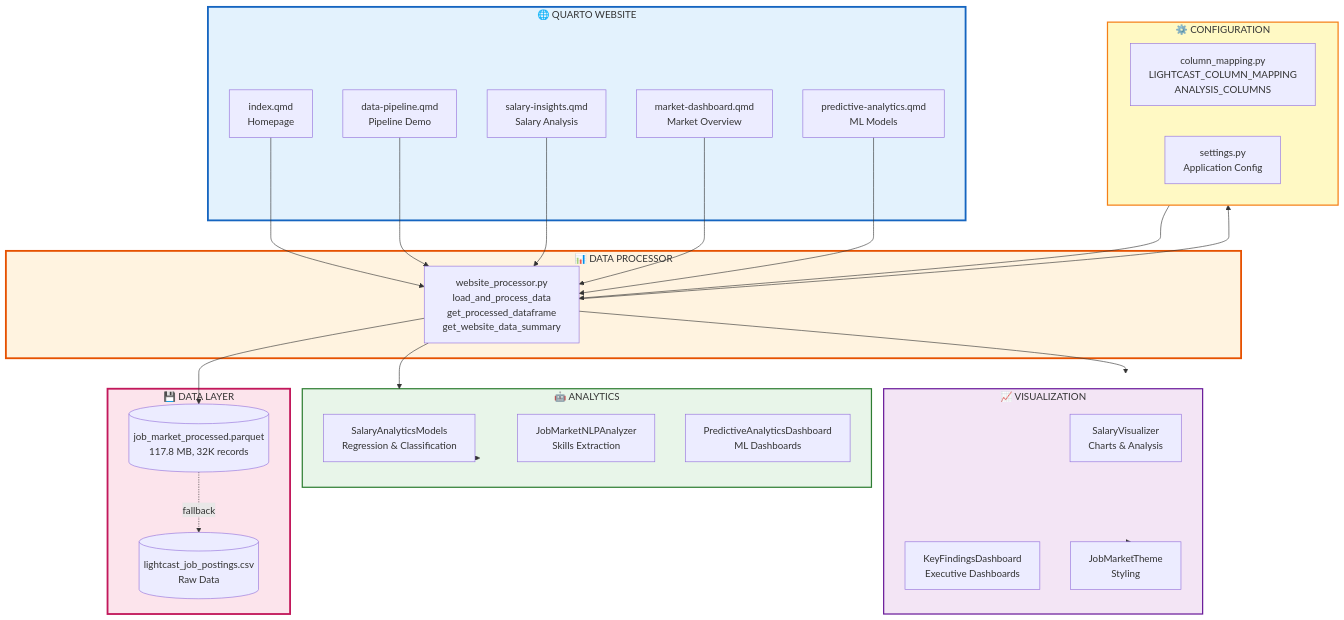
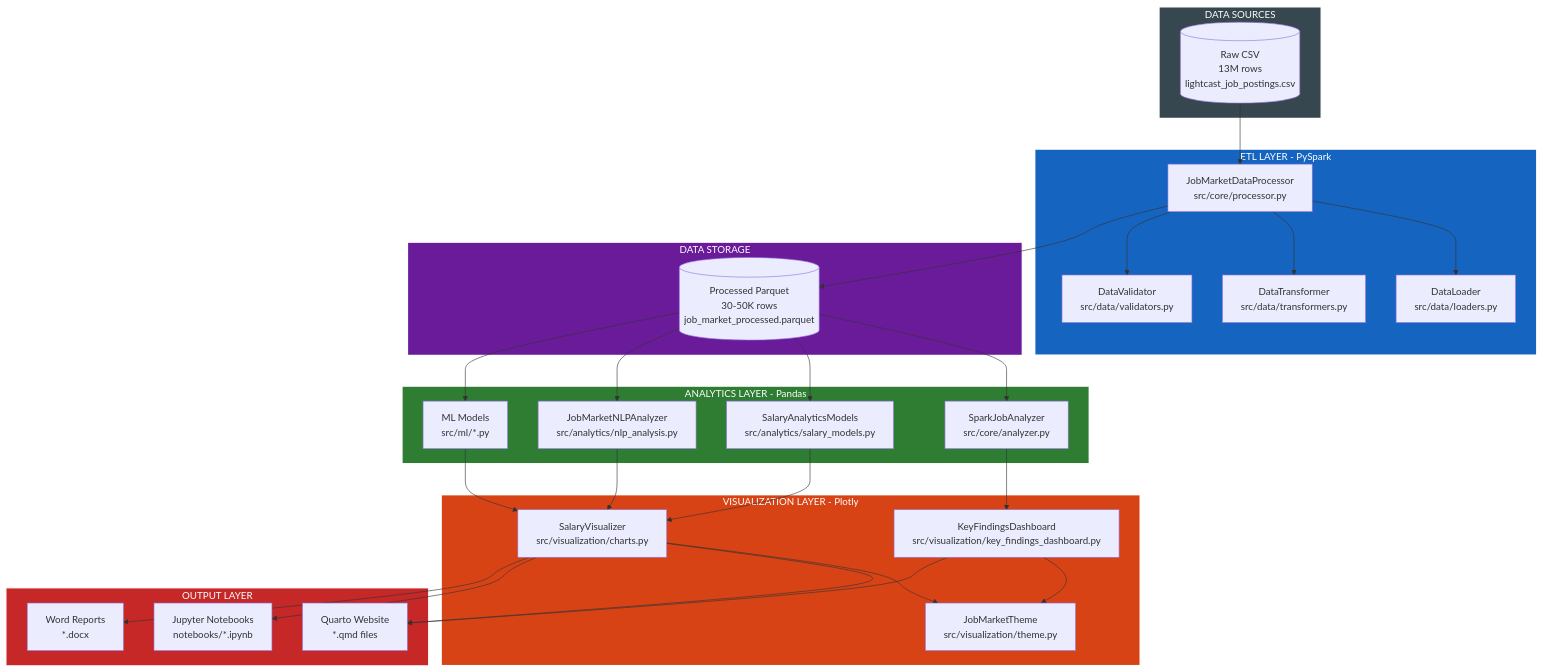
One commit to samarthya/ad688-scratch changed the third of 11 diagrams in ARCHITECTURE.md. Above: the diagram before and after it, drawn with Mermaid. The commit also changed other lines of this file and 5 other files, not shown here.

````diff
--- a/ARCHITECTURE.md
+++ b/ARCHITECTURE.md
@@ -52,61 +135,67 @@
 ```mermaid
 graph TB
-    subgraph QUARTO["🌐 QUARTO WEBSITE"]
-        INDEX[index.qmd<br/>Homepage]
-        PIPELINE[data-pipeline.qmd<br/>Pipeline Demo]
-        INSIGHTS[salary-insights.qmd<br/>Salary Analysis]
-        MARKET[market-dashboard.qmd<br/>Market Overview]
-        PREDICT[predictive-analytics.qmd<br/>ML Models]
+    subgraph INPUT["DATA SOURCES"]
+        RAW[(Raw CSV<br/>13M rows<br/>lightcast_job_postings.csv)]
     end
 
-    subgraph PROCESSOR["📊 DATA PROCESSOR"]
-        WP[website_processor.py<br/>load_and_process_data<br/>get_processed_dataframe<br/>get_website_data_summary]
+    subgraph ETL["ETL LAYER - PySpark"]
+        PROCESSOR[JobMarketDataProcessor<br/>src/core/processor.py]
+        LOADER[DataLoader<br/>src/data/loaders.py]
+        TRANSFORMER[DataTransformer<br/>src/data/transformers.py]
+        VALIDATOR[DataValidator<br/>src/data/validators.py]
+
+        PROCESSOR --> LOADER
+        PROCESSOR --> TRANSFORMER
+        PROCESSOR --> VALIDATOR
     end
 
-    subgraph VIZ["📈 VISUALIZATION"]
-        SV[SalaryVisualizer<br/>Charts & Analysis]
-        KF[KeyFindingsDashboard<br/>Executive Dashboards]
-        TH[JobMarketTheme<br/>Styling]
+    subgraph STORAGE["DATA STORAGE"]
+        PARQUET[(Processed Parquet<br/>30-50K rows<br/>job_market_processed.parquet)]
     end
 
-    subgraph ANALYTICS["🤖 ANALYTICS"]
-        ML[SalaryAnalyticsModels<br/>Regression & Classification]
-        NLP[JobMarketNLPAnalyzer<br/>Skills Extraction]
-        DASH[PredictiveAnalyticsDashboard<br/>ML Dashboards]
+    subgraph ANALYTICS["ANALYTICS LAYER - Pandas"]
+        ANALYZER[SparkJobAnalyzer<br/>src/core/analyzer.py]
+        MODELS[SalaryAnalyticsModels<br/>src/analytics/salary_models.py]
+        NLP[JobMarketNLPAnalyzer<br/>src/analytics/nlp_analysis.py]
+        ML[ML Models<br/>src/ml/*.py]
     end
 
-    subgraph CONFIG["⚙️ CONFIGURATION"]
-        COL[column_mapping.py<br/>LIGHTCAST_COLUMN_MAPPING<br/>ANALYSIS_COLUMNS]
-        SET[settings.py<br/>Application Config]
+    subgraph VIZ["VISUALIZATION LAYER - Plotly"]
+        CHARTS[SalaryVisualizer<br/>src/visualization/charts.py]
+        DASHBOARD[KeyFindingsDashboard<br/>src/visualization/key_findings_dashboard.py]
+        THEME[JobMarketTheme<br/>src/visualization/theme.py]
     end
 
-    subgraph DATA["💾 DATA LAYER"]
-        PARQUET[(job_market_processed.parquet<br/>117.8 MB, 32K records)]
-        CSV[(lightcast_job_postings.csv<br/>Raw Data)]
+    subgraph OUTPUT["OUTPUT LAYER"]
+        QUARTO[Quarto Website<br/>*.qmd files]
+        JUPYTER[Jupyter Notebooks<br/>notebooks/*.ipynb]
+        REPORTS[Word Reports<br/>*.docx]
     end
 
-    INDEX --> WP
-    PIPELINE --> WP
-    INSIGHTS --> WP
-    MARKET --> WP
-    PREDICT --> WP
+    RAW --> PROCESSOR
+    PROCESSOR --> PARQUET
+    PARQUET --> ANALYZER
+    PARQUET --> MODELS
+    PARQUET --> NLP
+    PARQUET --> ML
 
-    WP --> VIZ
-    WP --> ANALYTICS
-    WP --> CONFIG
+    MODELS --> CHARTS
+    NLP --> CHARTS
+    ML --> CHARTS
+    ANALYZER --> DASHBOARD
 
-    VIZ --> TH
-    ANALYTICS --> ML
+    CHARTS --> THEME
+    DASHBOARD --> THEME
 
-    CONFIG --> WP
+    CHARTS --> QUARTO
+    DASHBOARD --> QUARTO
+    CHARTS --> JUPYTER
+    CHARTS --> REPORTS
 
-    WP --> PARQUET
-    PARQUET -.fallback.-> CSV
-
-    style QUARTO fill:#e3f2fd,stroke:#1565c0,stroke-width:3px
-    style PROCESSOR fill:#fff3e0,stroke:#e65100,stroke-width:3px
-    style VIZ fill:#f3e5f5,stroke:#6a1b9a,stroke-width:2px
-    style ANALYTICS fill:#e8f5e9,stroke:#2e7d32,stroke-width:2px
-    style CONFIG fill:#fff9c4,stroke:#f57f17,stroke-width:2px
-    style DATA fill:#fce4ec,stroke:#c2185b,stroke-width:3px
+    style INPUT fill:#37474f,stroke:#fff,color:#fff,stroke-width:2px
+    style ETL fill:#1565c0,stroke:#fff,color:#fff,stroke-width:3px
+    style STORAGE fill:#6a1b9a,stroke:#fff,color:#fff,stroke-width:2px
+    style ANALYTICS fill:#2e7d32,stroke:#fff,color:#fff,stroke-width:3px
+    style VIZ fill:#d84315,stroke:#fff,color:#fff,stroke-width:3px
+    style OUTPUT fill:#c62828,stroke:#fff,color:#fff,stroke-width:2px
 ```
````
